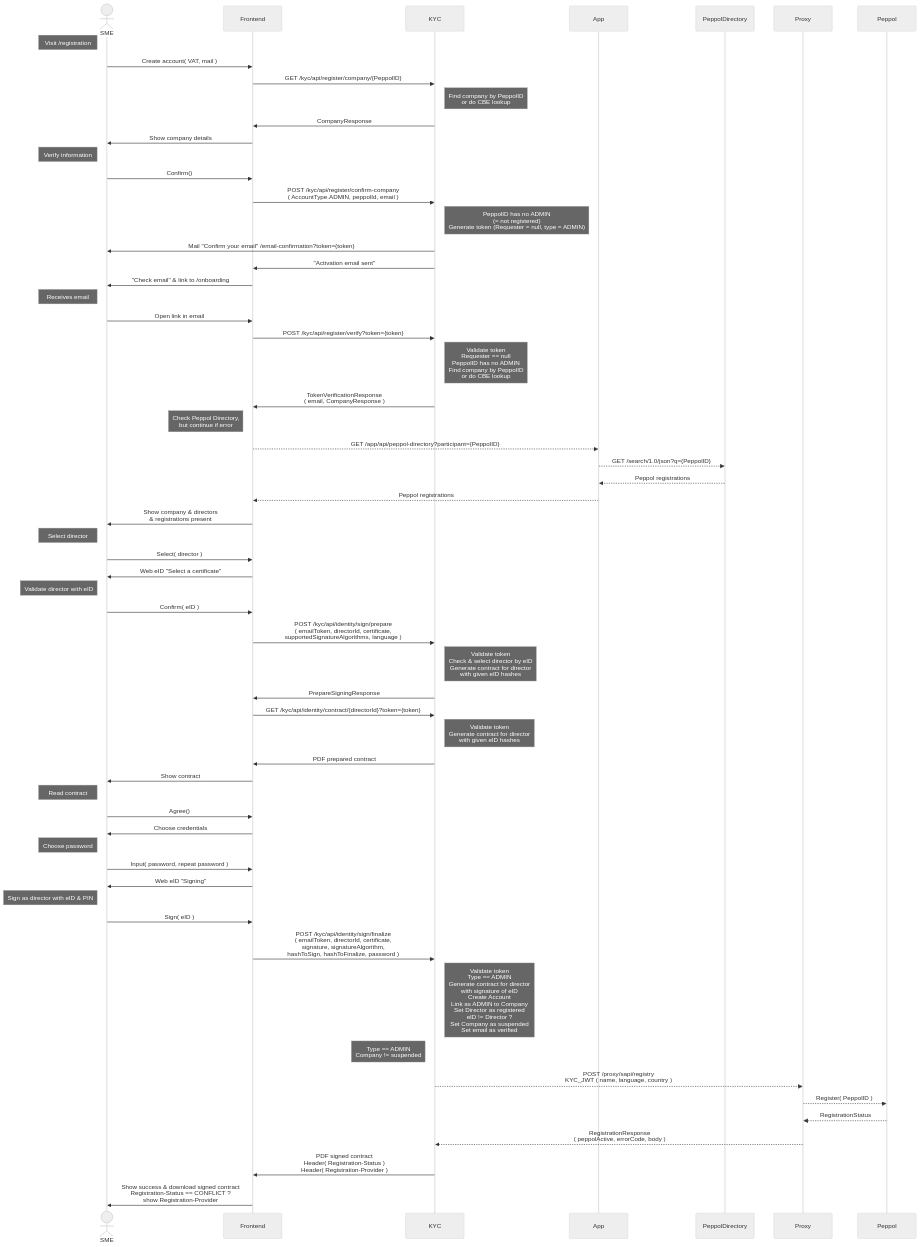
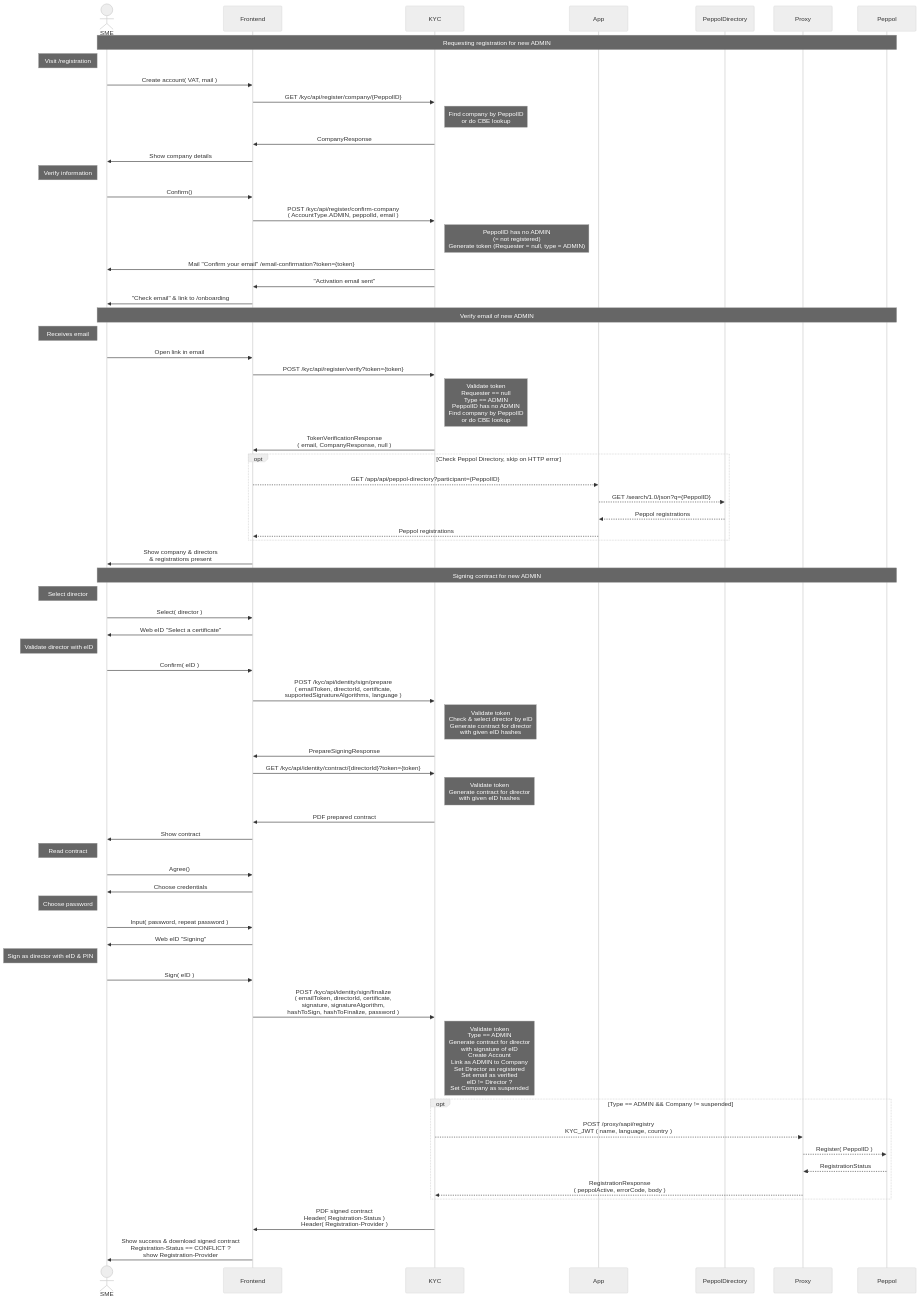
One commit to letspeppol/letspeppol changed the diagram in readme/Registration new ADMIN.md. Above: the diagram before and after it, drawn with Mermaid (neutral theme). The commit also changed 7 other files, not shown here.

Commit message:
Update registration flows

````diff
--- a/readme/Registration new ADMIN.md
+++ b/readme/Registration new ADMIN.md
@@ -3,71 +3,76 @@
 ```mermaid
 sequenceDiagram
     actor SME as SME
     participant Frontend as Frontend
     participant KYC as KYC
     participant App as App
     participant PeppolDirectory as PeppolDirectory
     participant Proxy as Proxy
     participant Peppol as Peppol
-    
+
+Note over SME, Peppol: Requesting registration for new ADMIN
     Note left of SME: Visit /registration
     SME ->> Frontend: Create account( VAT, mail )
     Frontend ->> KYC: GET /kyc/api/register/company/{PeppolID}
     Note right of KYC: Find company by PeppolID <br> or do CBE lookup
     KYC ->> Frontend: CompanyResponse
     Frontend ->> SME: Show company details
 
     Note left of SME: Verify information
     SME ->> Frontend: Confirm()
     Frontend ->> KYC: POST /kyc/api/register/confirm-company <br> ( AccountType.ADMIN, peppolId, email )
     Note right of KYC: PeppolID has no ADMIN <br>(= not registered) <br> Generate token (Requester = null, type = ADMIN)
     KYC ->> SME: Mail "Confirm your email" /email-confirmation?token={token}
     KYC ->> Frontend: "Activation email sent"
     Frontend ->> SME: "Check email" & link to /onboarding
 
+Note over SME, Peppol: Verify email of new ADMIN
     Note left of SME: Receives email
     SME ->> Frontend: Open link in email
     Frontend ->> KYC: POST /kyc/api/register/verify?token={token}
-    Note right of KYC: Validate token <br> Requester == null <br> PeppolID has no ADMIN <br> Find company by PeppolID <br> or do CBE lookup
-    KYC ->> Frontend: TokenVerificationResponse <br> ( email, CompanyResponse )
-    Note left of Frontend: Check Peppol Directory, <br> but continue if error
-    Frontend -->> App: GET /app/api/peppol-directory?participant={PeppolID}
-    App -->> PeppolDirectory: GET /search/1.0/json?q={PeppolID}
-    PeppolDirectory -->> App: Peppol registrations
-    App -->> Frontend: Peppol registrations
+    Note right of KYC: Validate token <br> Requester == null <br> Type == ADMIN <br> PeppolID has no ADMIN <br> Find company by PeppolID <br> or do CBE lookup
+    KYC ->> Frontend: TokenVerificationResponse <br> ( email, CompanyResponse, null )
+    opt Check Peppol Directory, skip on HTTP error
+        Frontend -->> App: GET /app/api/peppol-directory?participant={PeppolID}
+        App -->> PeppolDirectory: GET /search/1.0/json?q={PeppolID}
+        PeppolDirectory -->> App: Peppol registrations
+        App -->> Frontend: Peppol registrations
+    end
     Frontend ->> SME: Show company & directors <br> & registrations present
 
+Note over SME, Peppol: Signing contract for new ADMIN
     Note left of SME: Select director
     SME ->> Frontend: Select( director )
     Frontend ->> SME: Web eID "Select a certificate"
 
     Note left of SME: Validate director with eID
     SME ->> Frontend: Confirm( eID )
     Frontend ->> KYC: POST /kyc/api/identity/sign/prepare <br> ( emailToken, directorId, certificate, <br> supportedSignatureAlgorithms, language )
     Note right of KYC: Validate token <br> Check & select director by eID <br> Generate contract for director <br> with given eID hashes
     KYC ->> Frontend: PrepareSigningResponse
     Frontend ->> KYC: GET /kyc/api/identity/contract/{directorId}?token={token}
     Note right of KYC: Validate token <br> Generate contract for director <br> with given eID hashes
     KYC ->> Frontend: PDF prepared contract
     Frontend ->> SME: Show contract
 
     Note left of SME: Read contract
     SME ->> Frontend: Agree()
     Frontend ->> SME: Choose credentials
 
     Note left of SME: Choose password
     SME ->> Frontend: Input( password, repeat password )
     Frontend ->> SME: Web eID "Signing"
 
     Note left of SME: Sign as director with eID & PIN
     SME ->> Frontend: Sign( eID )
     Frontend ->> KYC: POST /kyc/api/identity/sign/finalize <br> ( emailToken, directorId, certificate, <br> signature, signatureAlgorithm, <br> hashToSign, hashToFinalize, password )
-    Note right of KYC: Validate token <br> Type == ADMIN <br> Generate contract for director <br> with signature of eID <br> Create Account <br> Link as ADMIN to Company <br> Set Director as registered <br> eID != Director ? <br> Set Company as suspended <br> Set email as verified
-    Note left of KYC: Type == ADMIN <br> Company != suspended
-    KYC -->> Proxy: POST /proxy/sapi/registry <br> KYC_JWT ( name, language, country )
-    Proxy -->> Peppol: Register( PeppolID )
-    Peppol -->> Proxy: RegistrationStatus
-    Proxy -->> KYC: RegistrationResponse <br> ( peppolActive, errorCode, body )
+    Note right of KYC: Validate token <br> Type == ADMIN <br> Generate contract for director <br> with signature of eID <br> Create Account <br> Link as ADMIN to Company <br> Set Director as registered <br> Set email as verified <br> eID != Director ? <br> Set Company as suspended
+    opt Type == ADMIN && Company != suspended
+        KYC -->> Proxy: POST /proxy/sapi/registry <br> KYC_JWT ( name, language, country )
+        Proxy -->> Peppol: Register( PeppolID )
+        Peppol -->> Proxy: RegistrationStatus
+        Proxy -->> KYC: RegistrationResponse <br> ( peppolActive, errorCode, body )
+    end
     KYC ->> Frontend: PDF signed contract <br> Header( Registration-Status ) <br> Header( Registration-Provider )
     Frontend ->> SME: Show success & download signed contract <br> Registration-Status == CONFLICT ? <br> show Registration-Provider
 ```
````
